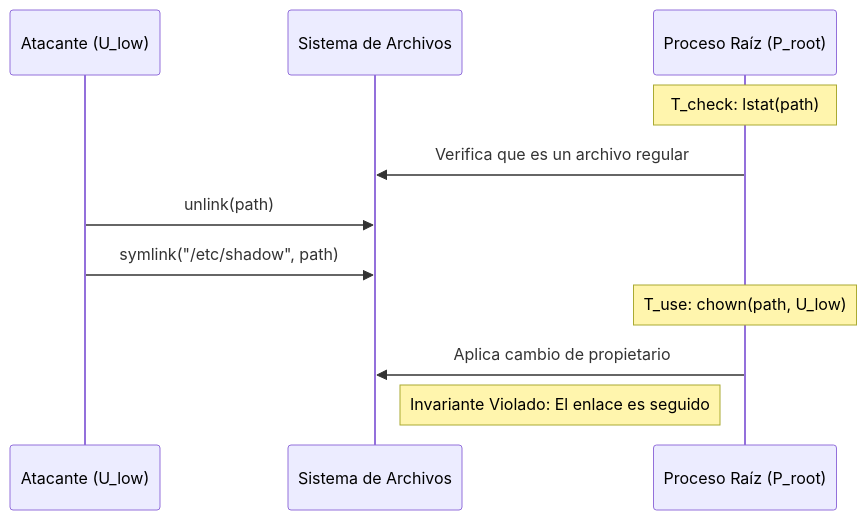
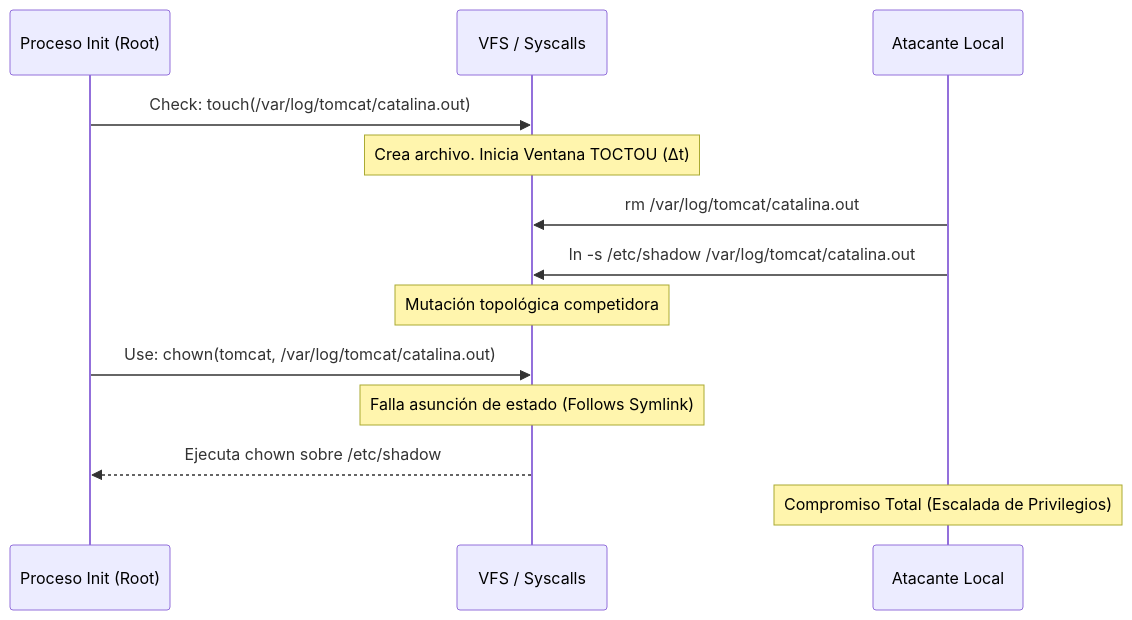
One commit to j3susangar1ca/plan changed the diagram in vulnerabilities/CVE-2016-1240/advisory.md. Above: the diagram before and after it, drawn with Mermaid. The commit also changed other lines of this file, not shown here.

````diff
--- a/vulnerabilities/CVE-2016-1240/advisory.md
+++ b/vulnerabilities/CVE-2016-1240/advisory.md
@@ -28,14 +52,18 @@
 ```mermaid
 sequenceDiagram
-    participant User as Atacante (U_low)
-    participant FS as Sistema de Archivos
-    participant Root as Proceso Raíz (P_root)
+    participant P_init as Proceso Init (Root)
+    participant Kernel as VFS / Syscalls
+    participant U_att as Atacante Local
 
-    Note over Root: T_check: lstat(path)
-    Root->>FS: Verifica que es un archivo regular
-    User->>FS: unlink(path)
-    User->>FS: symlink("/etc/shadow", path)
-    Note over Root: T_use: chown(path, U_low)
-    Root->>FS: Aplica cambio de propietario
-    Note right of FS: Invariante Violado: El enlace es seguido
+    P_init->>Kernel: Check: touch(/var/log/tomcat/catalina.out)
+    Note over Kernel: Crea archivo. Inicia Ventana TOCTOU (Δt)
+    
+    U_att->>Kernel: rm /var/log/tomcat/catalina.out
+    U_att->>Kernel: ln -s /etc/shadow /var/log/tomcat/catalina.out
+    Note over Kernel: Mutación topológica competidora
+    
+    P_init->>Kernel: Use: chown(tomcat, /var/log/tomcat/catalina.out)
+    Note over Kernel: Falla asunción de estado (Follows Symlink)
+    Kernel-->>P_init: Ejecuta chown sobre /etc/shadow
+    Note over U_att: Compromiso Total (Escalada de Privilegios)
 ```
````
